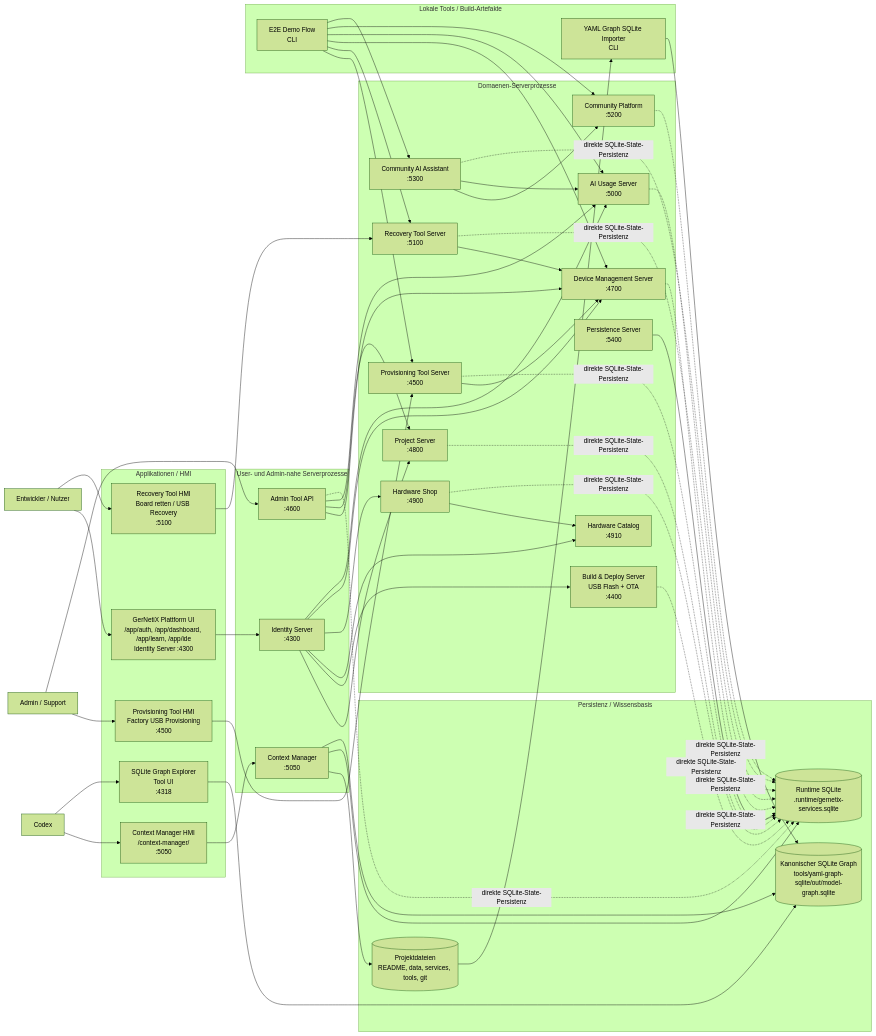
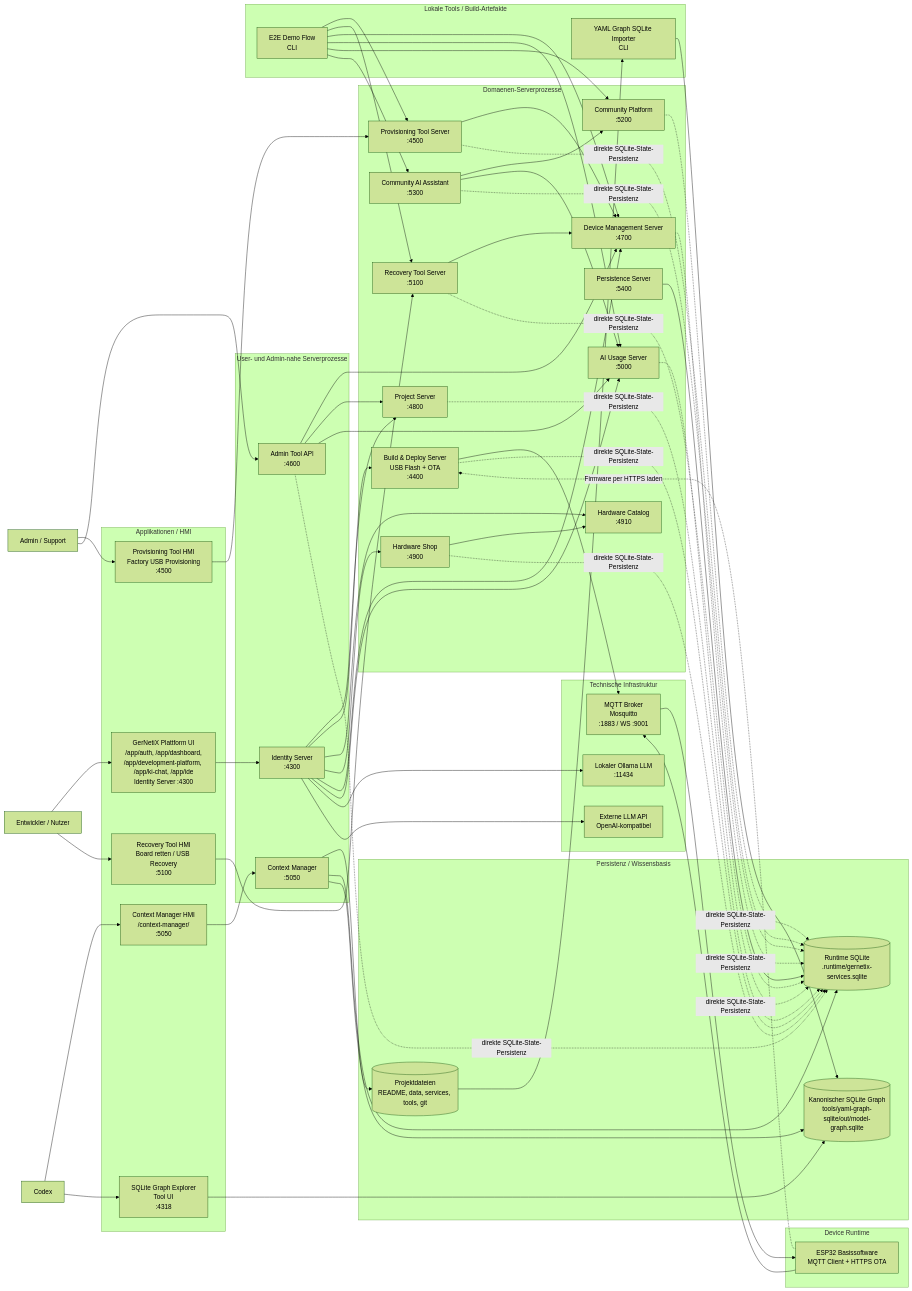
One commit to svenjohanson-web/GerNetiX changed the diagram in docs/system-process-application-uml.md. Above: the diagram before and after it, drawn with Mermaid (forest theme). The commit also changed other lines of this file and 44 other files, not shown here.

Commit message:
Add local AI development platform configuration

```diff
--- a/docs/system-process-application-uml.md
+++ b/docs/system-process-application-uml.md
@@ -13,7 +15,7 @@
   codex["Codex"]
 
   subgraph applications["Applikationen / HMI"]
-    platformUi["GerNetiX Plattform UI<br/>/app/auth, /app/dashboard, /app/learn, /app/ide<br/>Identity Server :4300"]
+    platformUi["GerNetiX Plattform UI<br/>/app/auth, /app/dashboard,<br/>/app/development-platform, /app/ki-chat, /app/ide<br/>Identity Server :4300"]
     recoveryHmi["Recovery Tool HMI<br/>Board retten / USB Recovery<br/>:5100"]
     provisioningHmi["Provisioning Tool HMI<br/>Factory USB Provisioning<br/>:4500"]
     contextHmi["Context Manager HMI<br/>/context-manager/<br/>:5050"]
@@ -38,6 +40,16 @@
     communityPlatform["Community Platform<br/>:5200"]
     communityAi["Community AI Assistant<br/>:5300"]
     persistence["Persistence Server<br/>:5400"]
+  end
+
+  subgraph platformInfrastructure["Technische Infrastruktur"]
+    mqttBroker["MQTT Broker<br/>Mosquitto<br/>:1883 / WS :9001"]
+    localOllama["Lokaler Ollama LLM<br/>:11434"]
+    externalLlm["Externe LLM API<br/>OpenAI-kompatibel"]
+  end
+
+  subgraph deviceRuntime["Device Runtime"]
+    esp32Basis["ESP32 Basissoftware<br/>MQTT Client + HTTPS OTA"]
   end
 
   subgraph localTools["Lokale Tools / Build-Artefakte"]
@@ -71,6 +83,13 @@
     hardwareShop --> hardwareCatalog
   identity --> deviceManagement
   identity --> aiUsage
+  identity --> localOllama
+  identity --> externalLlm
+
+  buildDeploy --> mqttBroker
+  mqttBroker --> esp32Basis
+  esp32Basis --> mqttBroker
+  esp32Basis -. "Firmware per HTTPS laden" .-> buildDeploy
 
   adminTool --> deviceManagement
   adminTool --> projectServer
```
